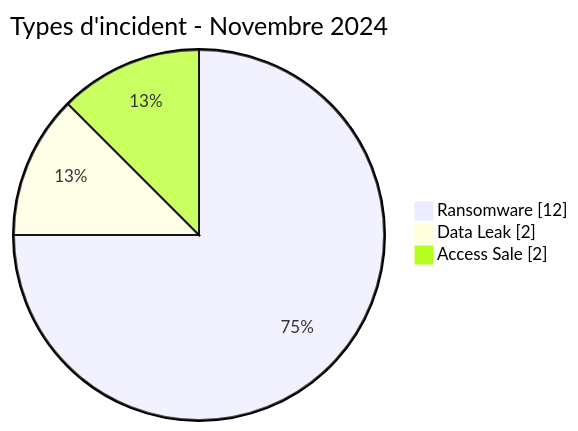
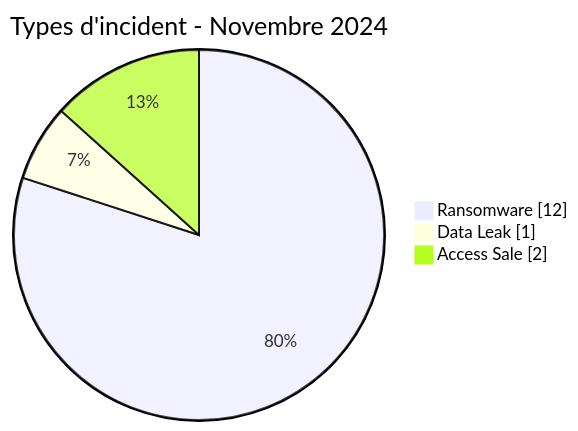
Before and after one commit to Hatchepsoute/AFRINTEL: the first of 2 diagrams in CyberAttackAfrica/2024/11-november/README_FR.md, drawn with Mermaid. The commit also changed other lines of this file and 66 other files, not shown here.

````diff
--- a/CyberAttackAfrica/2024/11-november/README_FR.md
+++ b/CyberAttackAfrica/2024/11-november/README_FR.md
@@ -55,7 +53,7 @@
 ```mermaid
 pie showData
     title Types d'incident - Novembre 2024
     "Ransomware" : 12
-    "Data Leak" : 2
+    "Data Leak" : 1
     "Access Sale" : 2
 ```
````
